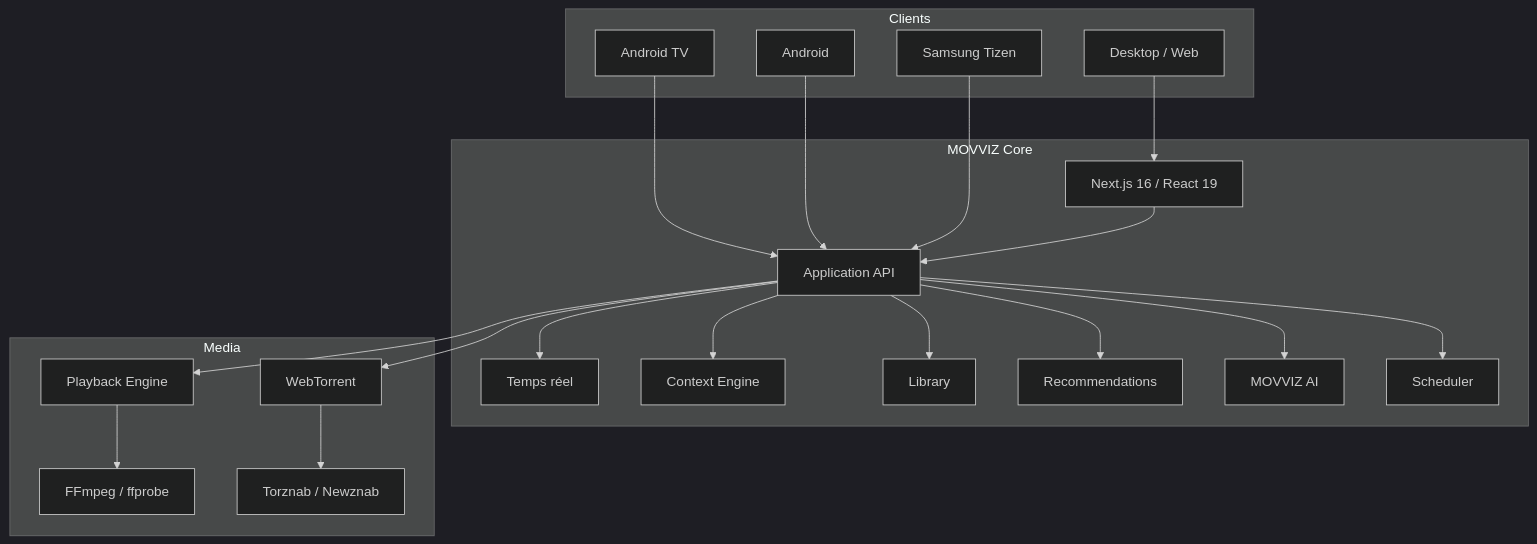
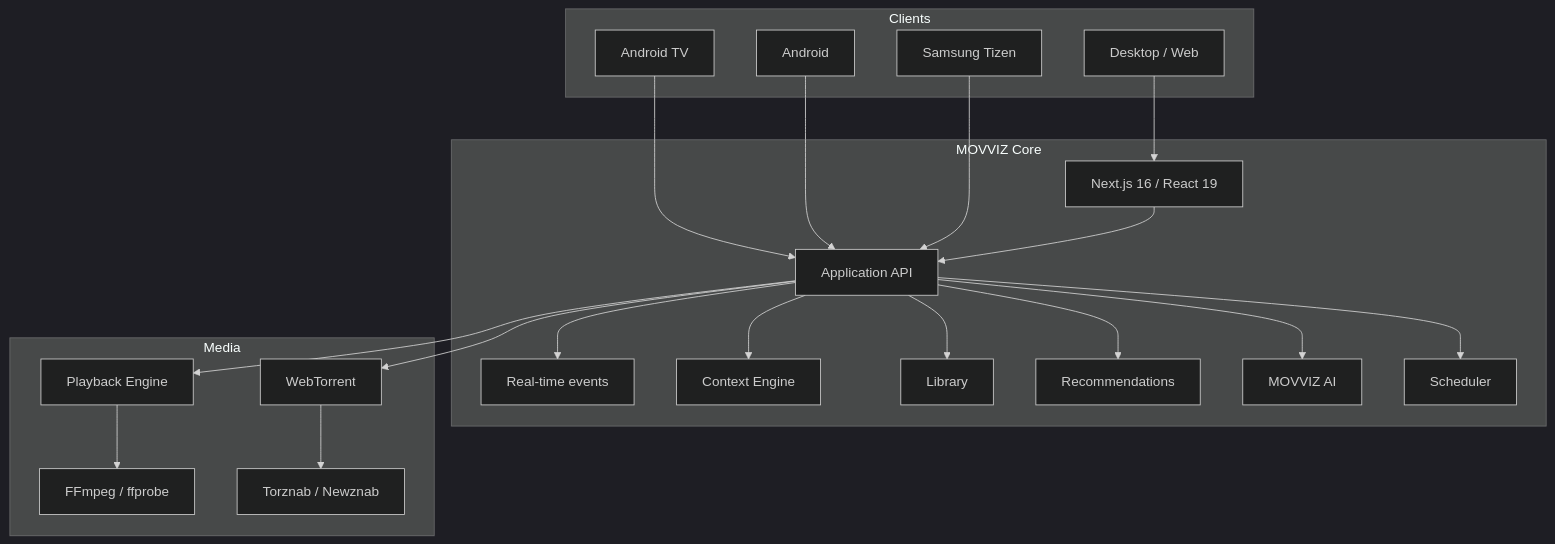
The third of 3 diagrams in README.md (dj41ph4/movviz), drawn with Mermaid (dark theme) before and after one commit. The commit also changed other lines of this file, not shown here.

````diff
--- a/README.md
+++ b/README.md
@@ -378,44 +382,44 @@
 ```mermaid
 flowchart TB
 
     subgraph CLIENTS[Clients]
         WEB[Desktop / Web]
         ATV[Android TV]
         MOB[Android]
         TIZ[Samsung Tizen]
     end
 
     subgraph CORE[MOVVIZ Core]
         NEXT[Next.js 16 / React 19]
         API[Application API]
-        EVENTS[Temps réel]
+        EVENTS[Real-time events]
         CTX[Context Engine]
         LIB[Library]
         REC[Recommendations]
         AI[MOVVIZ AI]
         JOBS[Scheduler]
     end
 
     subgraph MEDIA[Media]
         PLAYER[Playback Engine]
         FFMPEG[FFmpeg / ffprobe]
         TORRENT[WebTorrent]
         INDEX[Torznab / Newznab]
     end
 
     WEB --> NEXT
     ATV --> API
     MOB --> API
     TIZ --> API
     NEXT --> API
     API --> EVENTS
     API --> CTX
     API --> LIB
     API --> REC
     API --> AI
     API --> JOBS
     API --> PLAYER
     API --> TORRENT
     TORRENT --> INDEX
     PLAYER --> FFMPEG
 ```
````
